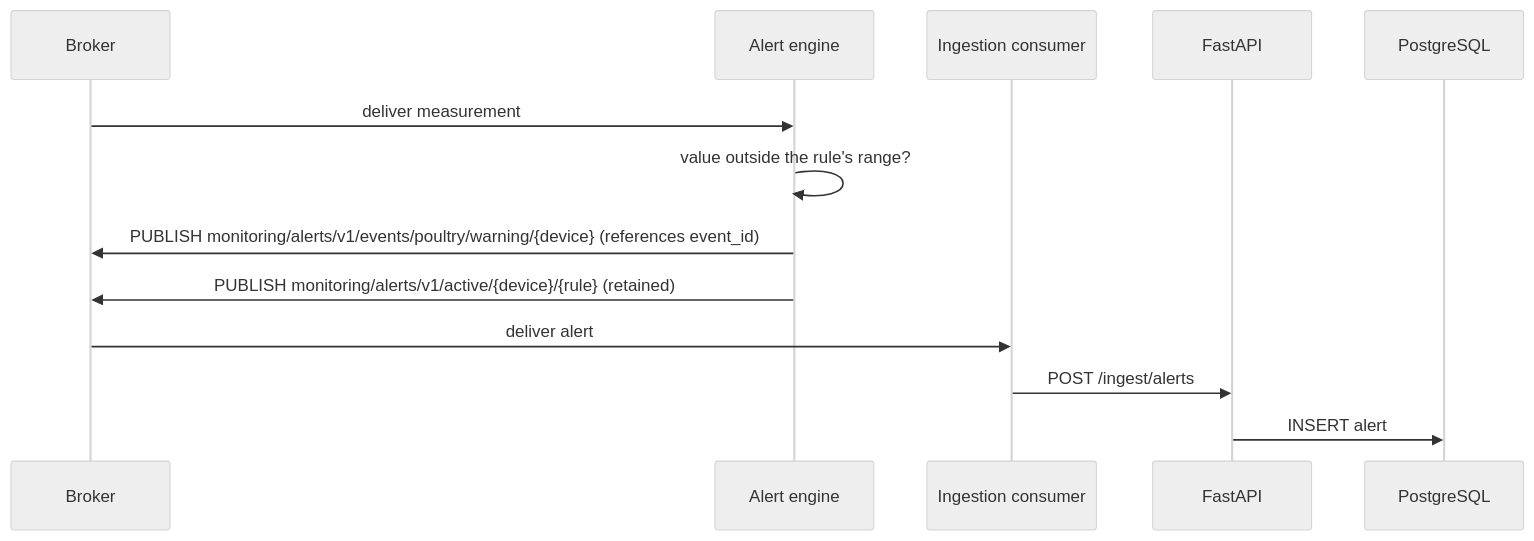
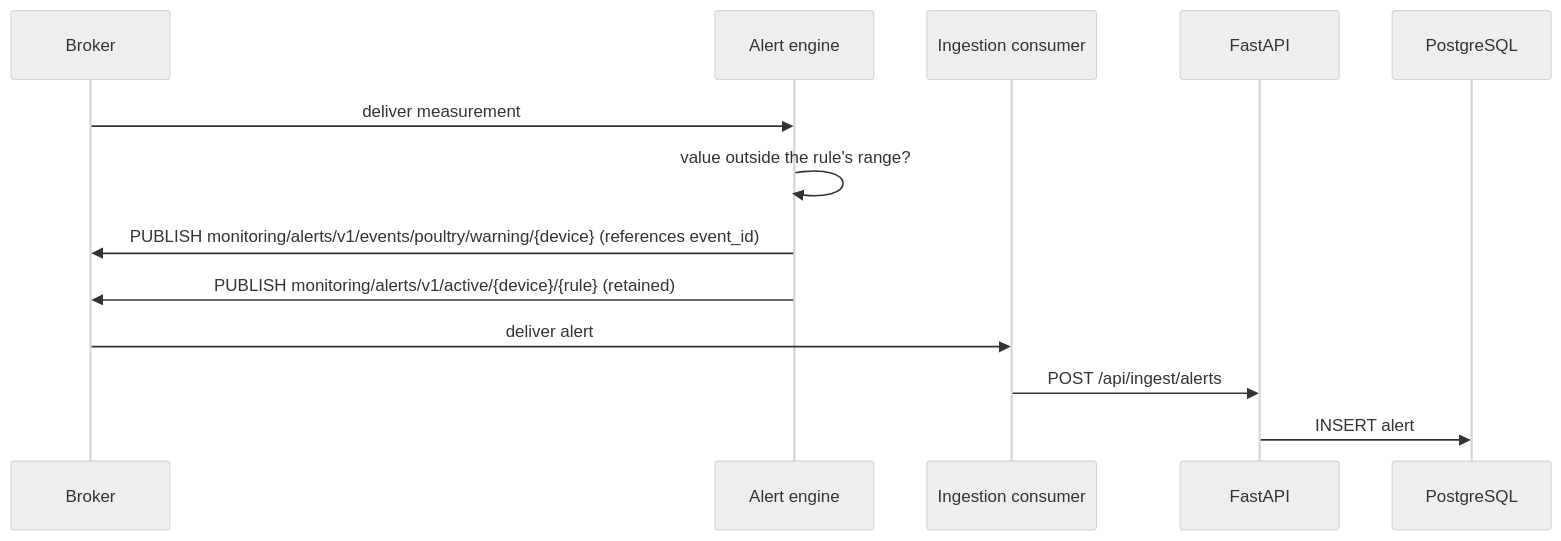
The fourth of 5 diagrams in docs/design.md (Mariojamjam/monitoring-mqtt), drawn with Mermaid (neutral theme) before and after one commit. The commit also changed other lines of this file and 15 other files, not shown here.

````diff
--- a/docs/design.md
+++ b/docs/design.md
@@ -221,15 +221,15 @@
 ```mermaid
 sequenceDiagram
   participant B as Broker
   participant AL as Alert engine
   participant I as Ingestion consumer
   participant A as FastAPI
   participant DB as PostgreSQL
   B->>AL: deliver measurement
   AL->>AL: value outside the rule's range?
   AL->>B: PUBLISH monitoring/alerts/v1/events/poultry/warning/{device} (references event_id)
   AL->>B: PUBLISH monitoring/alerts/v1/active/{device}/{rule} (retained)
   B->>I: deliver alert
-  I->>A: POST /ingest/alerts
+  I->>A: POST /api/ingest/alerts
   A->>DB: INSERT alert
 ```
````
